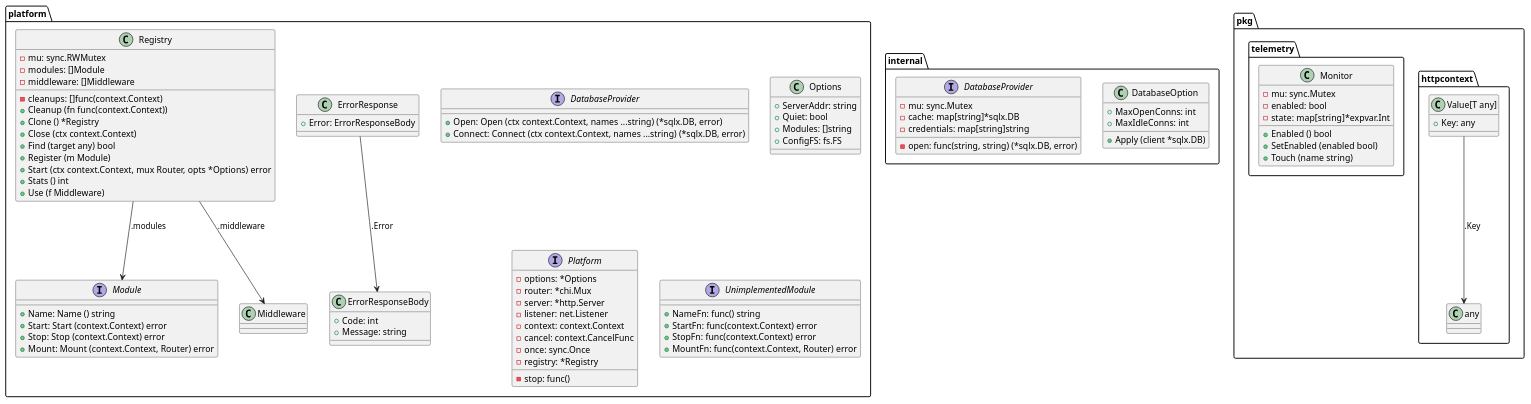
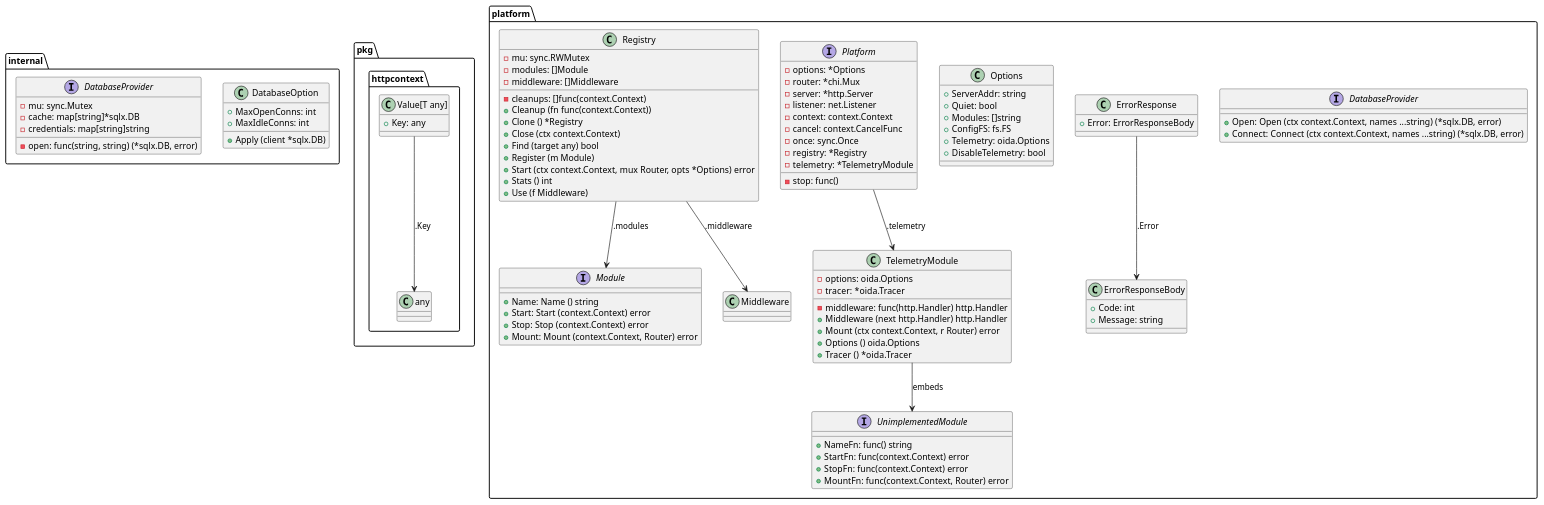
The diagram in docs/structure.puml (titpetric/platform), drawn with PlantUML before and after one commit. The commit also changed 41 other files, not shown here.

First line of the commit message:
Record telemetry with oida instead of OpenTelemetry (#1)

```diff
--- a/docs/structure.puml
+++ b/docs/structure.puml
@@ -1,108 +1,115 @@
 @startuml
 
 class "internal.DatabaseOption" {
   + MaxOpenConns: int
   + MaxIdleConns: int
   + Apply (client *sqlx.DB)
 }
 
 interface "internal.DatabaseProvider" {
   - open: func(string, string) (*sqlx.DB, error)
   - mu: sync.Mutex
   - cache: map[string]*sqlx.DB
   - credentials: map[string]string
 }
 
 class "pkg.httpcontext.Value[T any]" {
   + Key: any
-}
-
-class "pkg.telemetry.Monitor" {
-  - mu: sync.Mutex
-  - enabled: bool
-  - state: map[string]*expvar.Int
-  + Enabled () bool
-  + SetEnabled (enabled bool)
-  + Touch (name string)
 }
 
 interface "platform.DatabaseProvider" {
   + Open: Open (ctx context.Context, names ...string) (*sqlx.DB, error)
   + Connect: Connect (ctx context.Context, names ...string) (*sqlx.DB, error)
 }
 
 class "platform.ErrorResponse" {
   + Error: ErrorResponseBody
 }
 
 class "platform.ErrorResponseBody" {
   + Code: int
   + Message: string
 }
 
 interface "platform.Module" {
   + Name: Name () string
   + Start: Start (context.Context) error
   + Stop: Stop (context.Context) error
   + Mount: Mount (context.Context, Router) error
 }
 
 class "platform.Options" {
   + ServerAddr: string
   + Quiet: bool
   + Modules: []string
   + ConfigFS: fs.FS
+  + Telemetry: oida.Options
+  + DisableTelemetry: bool
 }
 
 interface "platform.Platform" {
   - options: *Options
   - router: *chi.Mux
   - server: *http.Server
   - listener: net.Listener
   - context: context.Context
   - cancel: context.CancelFunc
   - stop: func()
   - once: sync.Once
   - registry: *Registry
+  - telemetry: *TelemetryModule
 }
 
 class "platform.Registry" {
   - mu: sync.RWMutex
   - modules: []Module
   - middleware: []Middleware
   - cleanups: []func(context.Context)
   + Cleanup (fn func(context.Context))
   + Clone () *Registry
   + Close (ctx context.Context)
   + Find (target any) bool
   + Register (m Module)
   + Start (ctx context.Context, mux Router, opts *Options) error
   + Stats () int
   + Use (f Middleware)
+}
+
+class "platform.TelemetryModule" {
+  - options: oida.Options
+  - tracer: *oida.Tracer
+  - middleware: func(http.Handler) http.Handler
+  + Middleware (next http.Handler) http.Handler
+  + Mount (ctx context.Context, r Router) error
+  + Options () oida.Options
+  + Tracer () *oida.Tracer
 }
 
 interface "platform.UnimplementedModule" {
   + NameFn: func() string
   + StartFn: func(context.Context) error
   + StopFn: func(context.Context) error
   + MountFn: func(context.Context, Router) error
 }
 
 
 
 "pkg.httpcontext.Value[T any]" --> "pkg.httpcontext.any" : .Key
 
 
 
 "platform.ErrorResponse" --> "platform.ErrorResponseBody" : .Error
 
 
 
 
 
+"platform.Platform" --> "platform.TelemetryModule" : .telemetry
+"platform.TelemetryModule" --> "platform.UnimplementedModule" : embeds
+
 "platform.Registry" --> "platform.Module" : .modules
 "platform.Registry" --> "platform.Middleware" : .middleware
 
 
 
 @enduml
```
